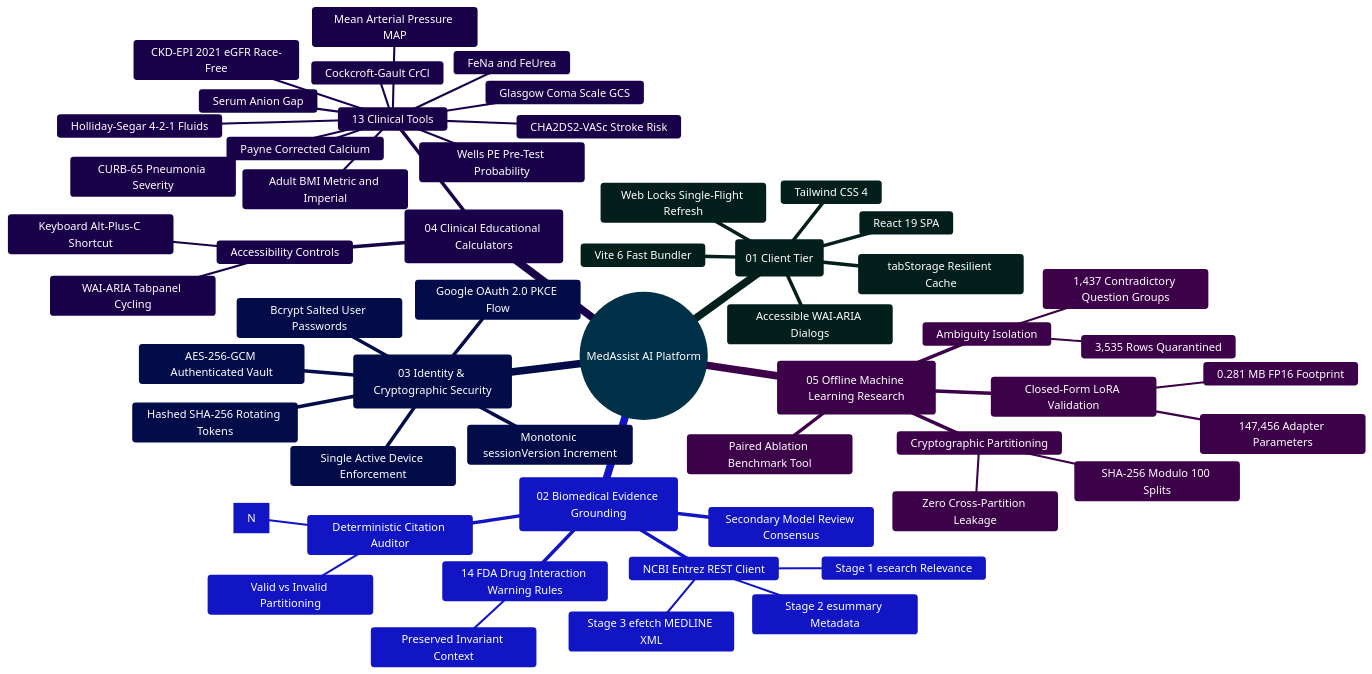
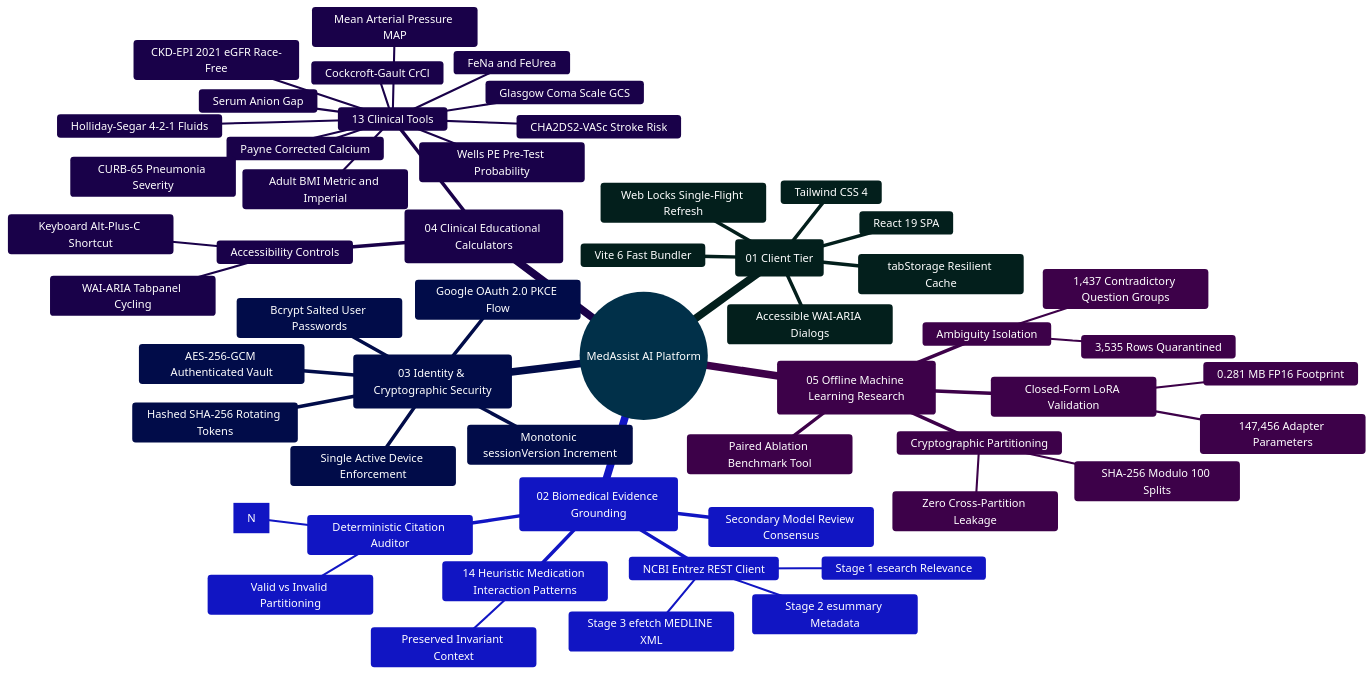
Before and after one commit to Ganesh172919/React-App-LLM: the diagram in README.md, drawn with Mermaid. The commit also changed other lines of this file and 7 other files, not shown here.

````diff
--- a/README.md
+++ b/README.md
@@ -89,59 +91,59 @@
 ```mermaid
 %%{init: {'theme': 'base', 'themeVariables': { 'primaryColor': '#0284c7', 'primaryTextColor': '#ffffff', 'primaryBorderColor': '#0369a1', 'lineColor': '#0284c7', 'secondaryColor': '#0d9488', 'tertiaryColor': '#6366f1' }}}%%
 mindmap
   root((MedAssist AI Platform))
     ::icon(fa fa-heartbeat)
     (01 Client Tier)
       React 19 SPA
       Vite 6 Fast Bundler
       Tailwind CSS 4
       Web Locks Single-Flight Refresh
       tabStorage Resilient Cache
       Accessible WAI-ARIA Dialogs
     (02 Biomedical Evidence Grounding)
       NCBI Entrez REST Client
         Stage 1 esearch Relevance
         Stage 2 esummary Metadata
         Stage 3 efetch MEDLINE XML
       Deterministic Citation Auditor
         Bracket Regex Extraction [N]
         Valid vs Invalid Partitioning
-      14 FDA Drug Interaction Warning Rules
+      14 Heuristic Medication Interaction Patterns
         Preserved Invariant Context
       Secondary Model Review Consensus
     (03 Identity & Cryptographic Security)
       Bcrypt Salted User Passwords
       Monotonic sessionVersion Increment
       Single Active Device Enforcement
       Hashed SHA-256 Rotating Tokens
       AES-256-GCM Authenticated Vault
       Google OAuth 2.0 PKCE Flow
     (04 Clinical Educational Calculators)
       13 Clinical Tools
         Adult BMI Metric and Imperial
         CKD-EPI 2021 eGFR Race-Free
         CHA2DS2-VASc Stroke Risk
         Mean Arterial Pressure MAP
         Cockcroft-Gault CrCl
         Payne Corrected Calcium
         Serum Anion Gap
         FeNa and FeUrea
         Holliday-Segar 4-2-1 Fluids
         Wells PE Pre-Test Probability
         CURB-65 Pneumonia Severity
         Glasgow Coma Scale GCS
       Accessibility Controls
         WAI-ARIA Tabpanel Cycling
         Keyboard Alt-Plus-C Shortcut
     (05 Offline Machine Learning Research)
       Ambiguity Isolation
         1,437 Contradictory Question Groups
         3,535 Rows Quarantined
       Cryptographic Partitioning
         SHA-256 Modulo 100 Splits
         Zero Cross-Partition Leakage
       Closed-Form LoRA Validation
         147,456 Adapter Parameters
         0.281 MB FP16 Footprint
       Paired Ablation Benchmark Tool
 ```
````
